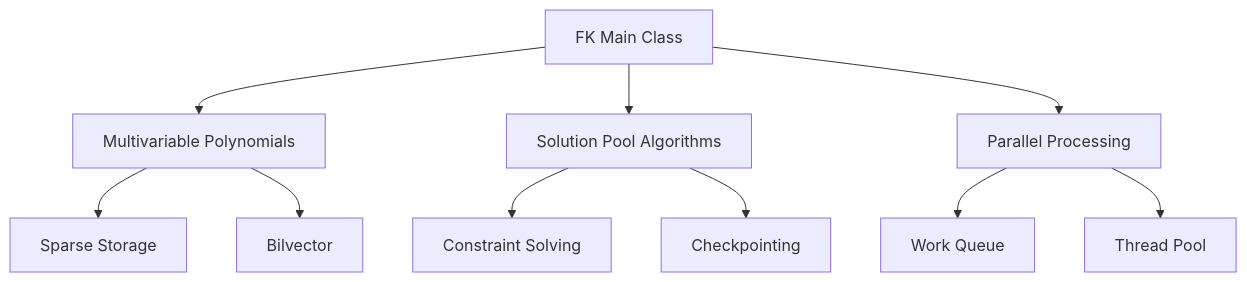
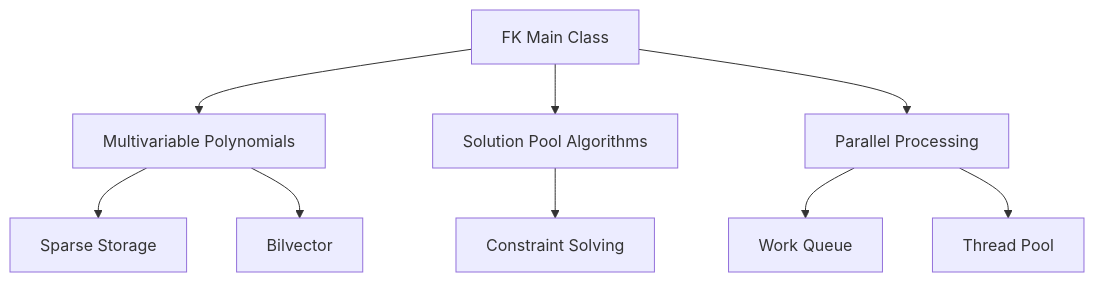
Before and after one commit to caltech-quantum-topology/fk: the diagram in fk-compute/cpp/docs/source/index.rst, drawn with Mermaid. The commit also changed other lines of this file and 24 other files, not shown here.

```diff
--- a/fk-compute/cpp/docs/source/index.rst
+++ b/fk-compute/cpp/docs/source/index.rst
@@ -69,12 +67,11 @@
 .. mermaid::
 
    graph TD
        A[FK Main Class] --> B[Multivariable Polynomials]
        A --> C[Solution Pool Algorithms]
        A --> D[Parallel Processing]
        B --> E[Sparse Storage]
        B --> F[Bilvector]
        C --> G[Constraint Solving]
-       C --> H[Checkpointing]
        D --> I[Work Queue]
        D --> J[Thread Pool]
```
